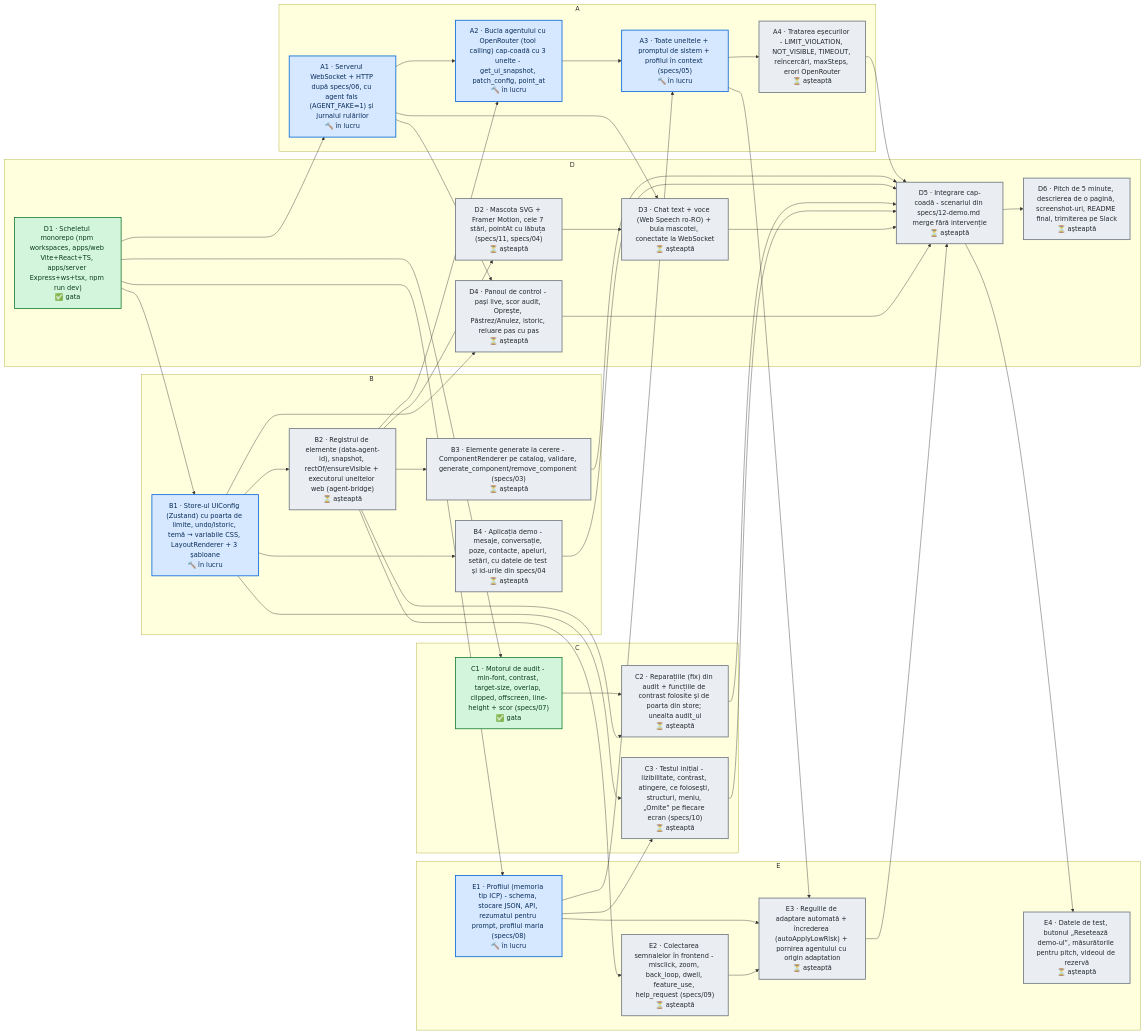
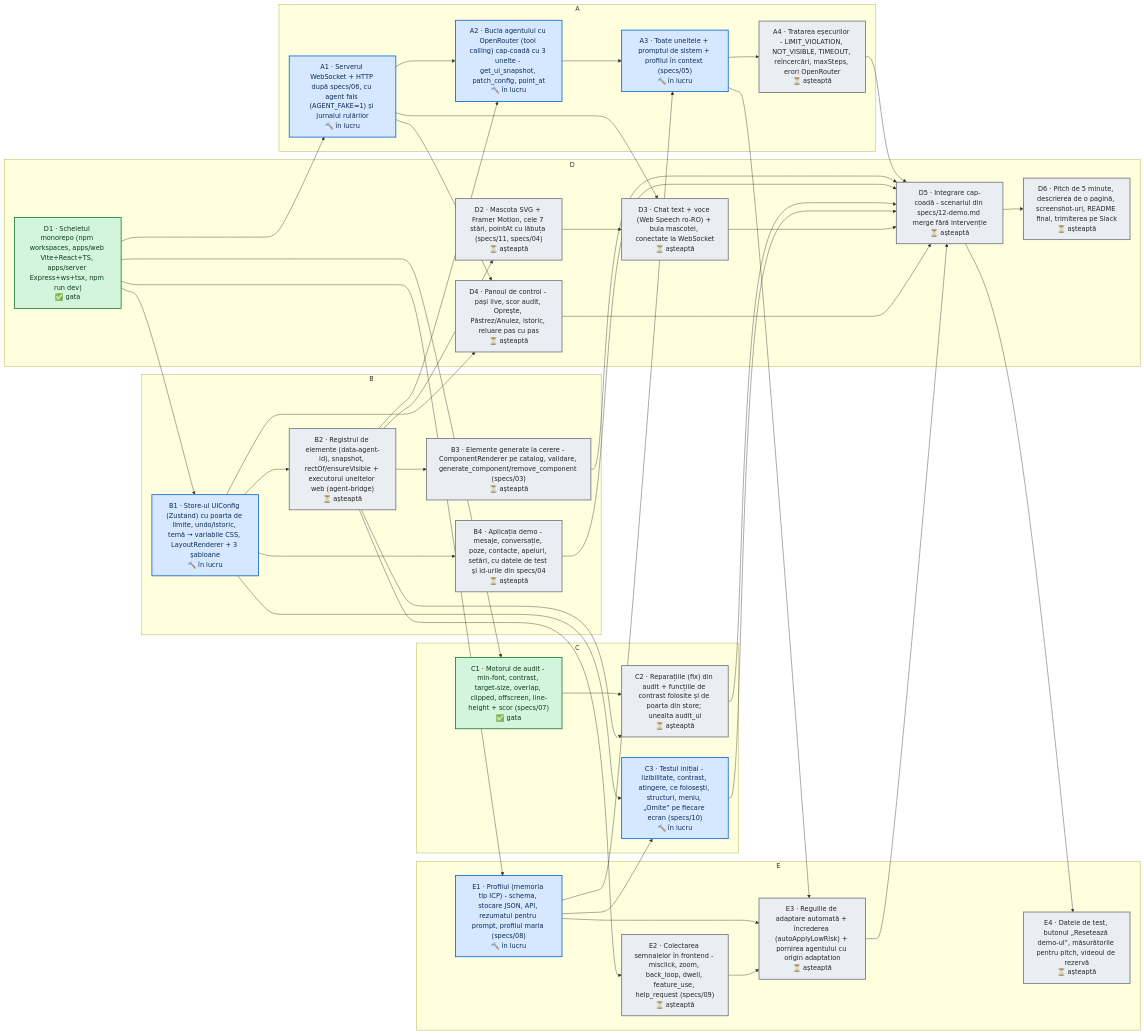
Before and after one commit to 06cezar/UiShapeshifter: the diagram in DAG.md, drawn with Mermaid. The commit also changed other lines of this file and 1 other file, not shown here.

Commit message:
dag: update [skip ci]

````diff
--- a/DAG.md
+++ b/DAG.md
@@ -8,77 +8,77 @@
 ```mermaid
 flowchart LR
   subgraph t_owner_A["A"]
     t_A1["A1 · Serverul WebSocket + HTTP după specs/06, cu agent fals (AGENT_FAKE=1) și jurnalul rulărilor<br/>🔨 în lucru"]
     t_A2["A2 · Bucla agentului cu OpenRouter (tool calling) cap-coadă cu 3 unelte - get_ui_snapshot, patch_config, point_at<br/>🔨 în lucru"]
     t_A3["A3 · Toate uneltele + promptul de sistem + profilul în context (specs/05)<br/>🔨 în lucru"]
     t_A4["A4 · Tratarea eșecurilor - LIMIT_VIOLATION, NOT_VISIBLE, TIMEOUT, reîncercări, maxSteps, erori OpenRouter<br/>⏳ așteaptă"]
   end
   subgraph t_owner_B["B"]
     t_B1["B1 · Store-ul UIConfig (Zustand) cu poarta de limite, undo/istoric, temă → variabile CSS, LayoutRenderer + 3 șabloane<br/>🔨 în lucru"]
     t_B2["B2 · Registrul de elemente (data-agent-id), snapshot, rectOf/ensureVisible + executorul uneltelor web (agent-bridge)<br/>⏳ așteaptă"]
     t_B3["B3 · Elemente generate la cerere - ComponentRenderer pe catalog, validare, generate_component/remove_component (specs/03)<br/>⏳ așteaptă"]
     t_B4["B4 · Aplicația demo - mesaje, conversație, poze, contacte, apeluri, setări, cu datele de test și id-urile din specs/04<br/>⏳ așteaptă"]
   end
   subgraph t_owner_C["C"]
     t_C1["C1 · Motorul de audit - min-font, contrast, target-size, overlap, clipped, offscreen, line-height + scor (specs/07)<br/>✅ gata"]
     t_C2["C2 · Reparațiile (fix) din audit + funcțiile de contrast folosite și de poarta din store; unealta audit_ui<br/>⏳ așteaptă"]
-    t_C3["C3 · Testul inițial - lizibilitate, contrast, atingere, ce folosești, structuri, meniu, „Omite” pe fiecare ecran (specs/10)<br/>⏳ așteaptă"]
+    t_C3["C3 · Testul inițial - lizibilitate, contrast, atingere, ce folosești, structuri, meniu, „Omite” pe fiecare ecran (specs/10)<br/>🔨 în lucru"]
   end
   subgraph t_owner_D["D"]
     t_D1["D1 · Scheletul monorepo (npm workspaces, apps/web Vite+React+TS, apps/server Express+ws+tsx, npm run dev)<br/>✅ gata"]
     t_D2["D2 · Mascota SVG + Framer Motion, cele 7 stări, pointAt cu lăbuța (specs/11, specs/04)<br/>⏳ așteaptă"]
     t_D3["D3 · Chat text + voce (Web Speech ro-RO) + bula mascotei, conectate la WebSocket<br/>⏳ așteaptă"]
     t_D4["D4 · Panoul de control - pași live, scor audit, Oprește, Păstrez/Anulez, istoric, reluare pas cu pas<br/>⏳ așteaptă"]
     t_D5["D5 · Integrare cap-coadă - scenariul din specs/12-demo.md merge fără intervenție<br/>⏳ așteaptă"]
     t_D6["D6 · Pitch de 5 minute, descrierea de o pagină, screenshot-uri, README final, trimiterea pe Slack<br/>⏳ așteaptă"]
   end
   subgraph t_owner_E["E"]
     t_E1["E1 · Profilul (memoria tip ICP) - schema, stocare JSON, API, rezumatul pentru prompt, profilul maria (specs/08)<br/>🔨 în lucru"]
     t_E2["E2 · Colectarea semnalelor în frontend - misclick, zoom, back_loop, dwell, feature_use, help_request (specs/09)<br/>⏳ așteaptă"]
     t_E3["E3 · Regulile de adaptare automată + încrederea (autoApplyLowRisk) + pornirea agentului cu origin adaptation<br/>⏳ așteaptă"]
     t_E4["E4 · Datele de test, butonul „Resetează demo-ul”, măsurătorile pentru pitch, videoul de rezervă<br/>⏳ așteaptă"]
   end
   t_B2 --> t_D2
   t_A1 --> t_D3
   t_D2 --> t_D3
   t_A1 --> t_D4
   t_B1 --> t_D4
   t_A4 --> t_D5
   t_B3 --> t_D5
   t_B4 --> t_D5
   t_C2 --> t_D5
   t_C3 --> t_D5
   t_D3 --> t_D5
   t_D4 --> t_D5
   t_E3 --> t_D5
   t_D5 --> t_D6
   t_D1 --> t_A1
   t_A1 --> t_A2
   t_B2 --> t_A2
   t_A2 --> t_A3
   t_E1 --> t_A3
   t_A3 --> t_A4
   t_D1 --> t_B1
   t_B1 --> t_B2
   t_B2 --> t_B3
   t_B1 --> t_B4
   t_D1 --> t_C1
   t_C1 --> t_C2
   t_B2 --> t_C2
   t_B1 --> t_C3
   t_E1 --> t_C3
   t_D1 --> t_E1
   t_B2 --> t_E2
   t_E1 --> t_E3
   t_E2 --> t_E3
   t_A3 --> t_E3
   t_D5 --> t_E4
   classDef done fill:#d3f5dc,stroke:#1a7f37,color:#0b3d1a,stroke-width:2px
   classDef progress fill:#d6e8ff,stroke:#0969da,color:#0a2d5c,stroke-width:2px
   classDef ready fill:#fff4c2,stroke:#9a6700,color:#4d3300,stroke-width:2px
   classDef wait fill:#eaeef2,stroke:#6e7781,color:#24292f,stroke-width:2px
   classDef blocked fill:#ffd8d3,stroke:#cf222e,color:#5c0b10,stroke-width:2px
   class t_D1,t_C1 done
-  class t_A1,t_A2,t_A3,t_B1,t_E1 progress
-  class t_D2,t_D3,t_D4,t_D5,t_D6,t_A4,t_B2,t_B3,t_B4,t_C2,t_C3,t_E2,t_E3,t_E4 wait
+  class t_A1,t_A2,t_A3,t_B1,t_C3,t_E1 progress
+  class t_D2,t_D3,t_D4,t_D5,t_D6,t_A4,t_B2,t_B3,t_B4,t_C2,t_E2,t_E3,t_E4 wait
 ```
````
